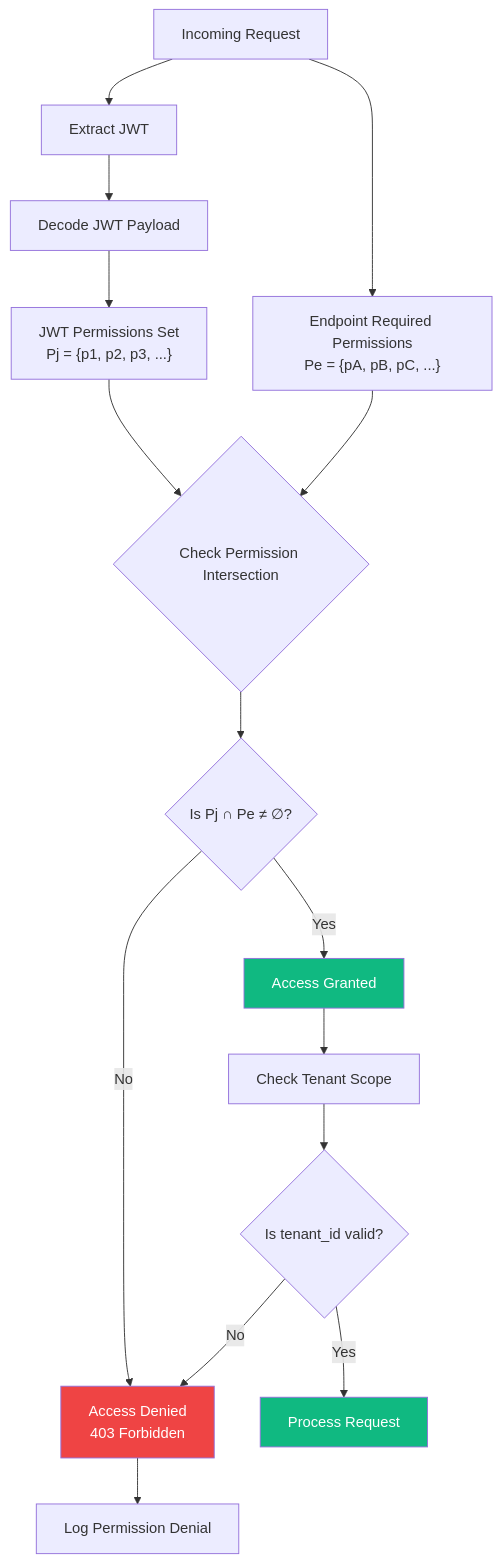
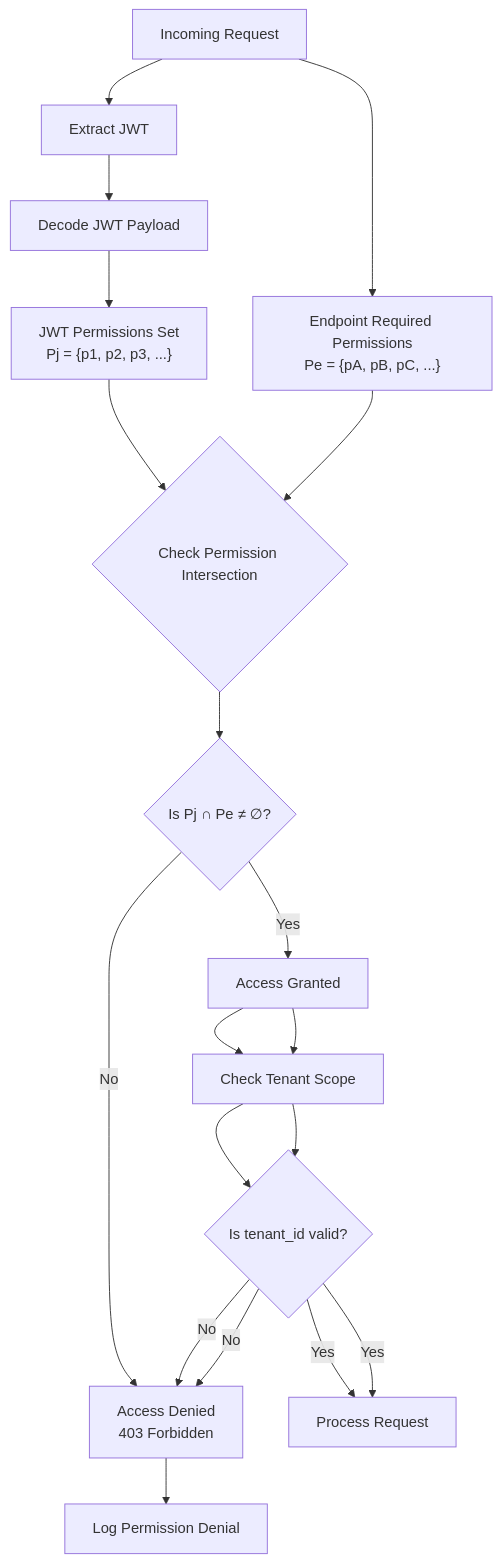
One commit to philongdanh/lms changed the fourth of 7 diagrams in docs/specs/01-arch/common/security.md. Above: the diagram before and after it, drawn with Mermaid. The commit also changed 3 other files, not shown here.

````diff
--- a/docs/specs/01-arch/common/security.md
+++ b/docs/specs/01-arch/common/security.md
@@ -149,32 +149,33 @@
 ```mermaid
 ---
 config:
   themeVariables:
     fontFamily: "EB Garamond"
 ---
 flowchart TD
     A[Incoming Request] --> B[Extract JWT]
     B --> C[Decode JWT Payload]
 
     C --> D["JWT Permissions Set<br/>Pj = {p1, p2, p3, ...}"]
     A --> E["Endpoint Required Permissions<br/>Pe = {pA, pB, pC, ...}"]
 
     D --> F{Check Permission Intersection}
     E --> F
 
     F --> G{"Is Pj ∩ Pe ≠ ∅?"}
 
     G -- Yes --> H[Access Granted]
     G -- No --> I[Access Denied<br/>403 Forbidden]
 
     H --> J[Check Tenant Scope]
     J --> K{"Is tenant_id valid?"}
     K -- Yes --> L[Process Request]
     K -- No --> I
 
+    H --> J[Check Tenant Scope]
+    J --> K{"Is tenant_id valid?"}
+    K -- Yes --> L[Process Request]
+    K -- No --> I
+
     I --> M[Log Permission Denial]
-
-    style H fill:#10b981,color:#fff
-    style L fill:#10b981,color:#fff
-    style I fill:#ef4444,color:#fff
 ```
````
